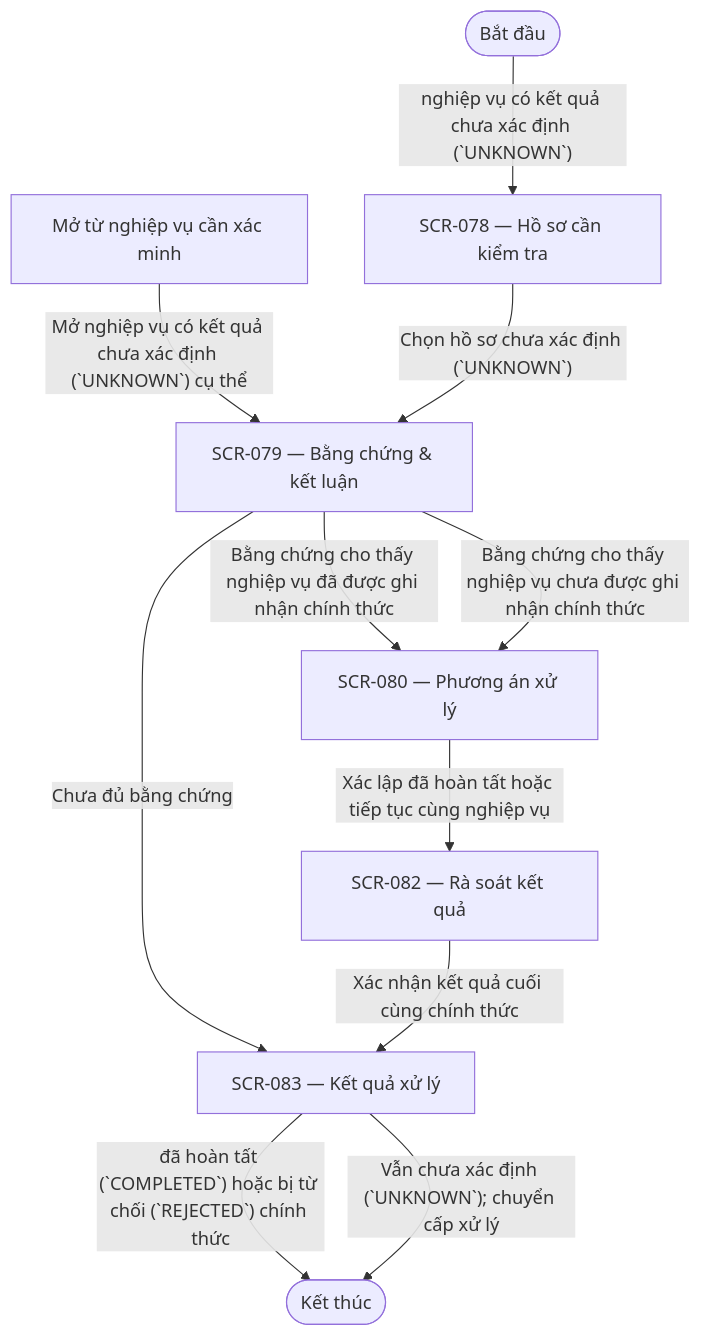
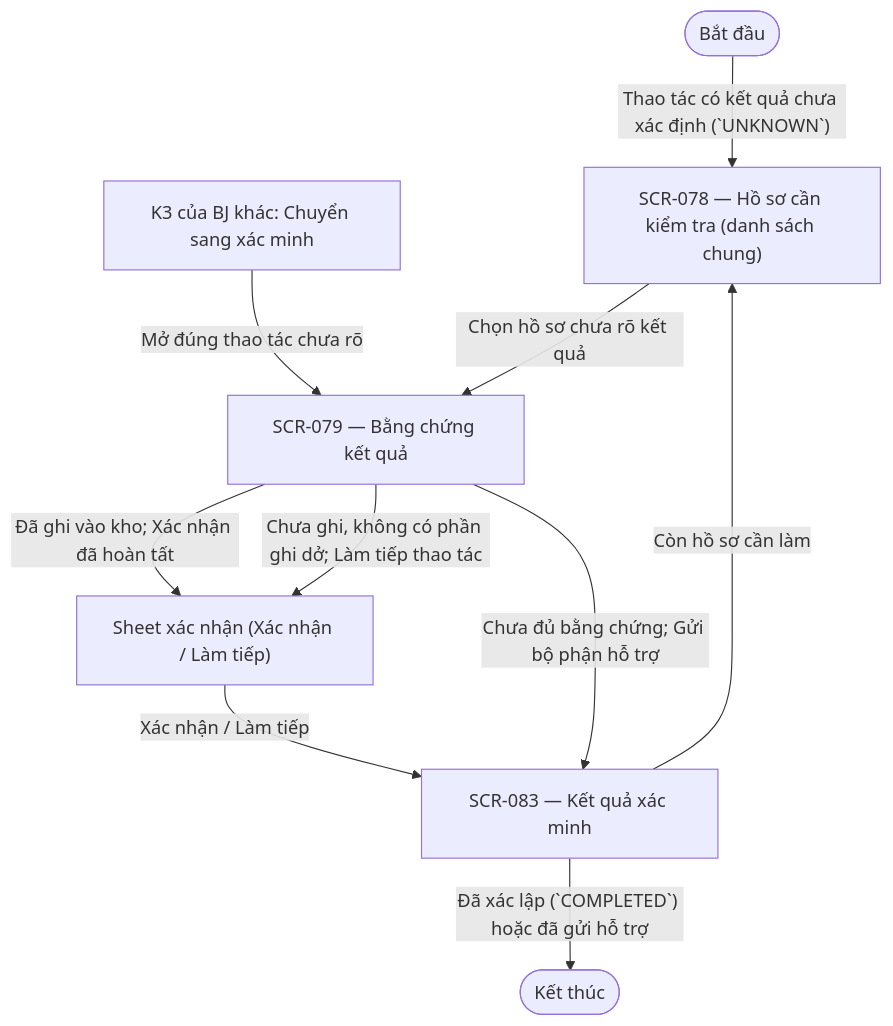
The diagram in specs/themes/theme-07/03.design/flows/UIF-17-BJ-17.md (DsChien102/erp-sales-inventory), drawn with Mermaid before and after one commit. The commit also changed other lines of this file and 54 other files, not shown here.

````diff
--- a/specs/themes/theme-07/03.design/flows/UIF-17-BJ-17.md
+++ b/specs/themes/theme-07/03.design/flows/UIF-17-BJ-17.md
@@ -40,21 +40,19 @@
 ```mermaid
 flowchart TD
     BEGIN(["Bắt đầu"])
-    SCR_078["SCR-078 — Hồ sơ cần kiểm tra"]
-    CONTEXT_UNKNOWN["Mở từ nghiệp vụ cần xác minh"]
-    SCR_079["SCR-079 — Bằng chứng & kết luận"]
-    SCR_080["SCR-080 — Phương án xử lý"]
-    SCR_083["SCR-083 — Kết quả xử lý"]
-    SCR_082["SCR-082 — Rà soát kết quả"]
+    SCR_078["SCR-078 — Hồ sơ cần kiểm tra (danh sách chung)"]
+    CONTEXT_UNKNOWN["K3 của BJ khác: Chuyển sang xác minh"]
+    SCR_079["SCR-079 — Bằng chứng kết quả"]
+    SHEET["Sheet xác nhận (Xác nhận / Làm tiếp)"]
+    SCR_083["SCR-083 — Kết quả xác minh"]
     END(["Kết thúc"])
-    BEGIN -->|"nghiệp vụ có kết quả chưa xác định (`UNKNOWN`)"| SCR_078
-    CONTEXT_UNKNOWN -->|"Mở nghiệp vụ có kết quả chưa xác định (`UNKNOWN`) cụ thể"| SCR_079
-    SCR_078 -->|"Chọn hồ sơ chưa xác định (`UNKNOWN`)"| SCR_079
-    SCR_079 -->|"Bằng chứng cho thấy nghiệp vụ đã được ghi nhận chính thức"| SCR_080
-    SCR_079 -->|"Bằng chứng cho thấy nghiệp vụ chưa được ghi nhận chính thức"| SCR_080
-    SCR_079 -->|"Chưa đủ bằng chứng"| SCR_083
-    SCR_080 -->|"Xác lập đã hoàn tất hoặc tiếp tục cùng nghiệp vụ"| SCR_082
-    SCR_082 -->|"Xác nhận kết quả cuối cùng chính thức"| SCR_083
-    SCR_083 -->|"đã hoàn tất (`COMPLETED`) hoặc bị từ chối (`REJECTED`) chính thức"| END
-    SCR_083 -->|"Vẫn chưa xác định (`UNKNOWN`); chuyển cấp xử lý"| END
+    BEGIN -->|"Thao tác có kết quả chưa xác định (`UNKNOWN`)"| SCR_078
+    CONTEXT_UNKNOWN -->|"Mở đúng thao tác chưa rõ"| SCR_079
+    SCR_078 -->|"Chọn hồ sơ chưa rõ kết quả"| SCR_079
+    SCR_079 -->|"Đã ghi vào kho; Xác nhận đã hoàn tất"| SHEET
+    SCR_079 -->|"Chưa ghi, không có phần ghi dở; Làm tiếp thao tác"| SHEET
+    SHEET -->|"Xác nhận / Làm tiếp"| SCR_083
+    SCR_079 -->|"Chưa đủ bằng chứng; Gửi bộ phận hỗ trợ"| SCR_083
+    SCR_083 -->|"Còn hồ sơ cần làm"| SCR_078
+    SCR_083 -->|"Đã xác lập (`COMPLETED`) hoặc đã gửi hỗ trợ"| END
 ```
````
